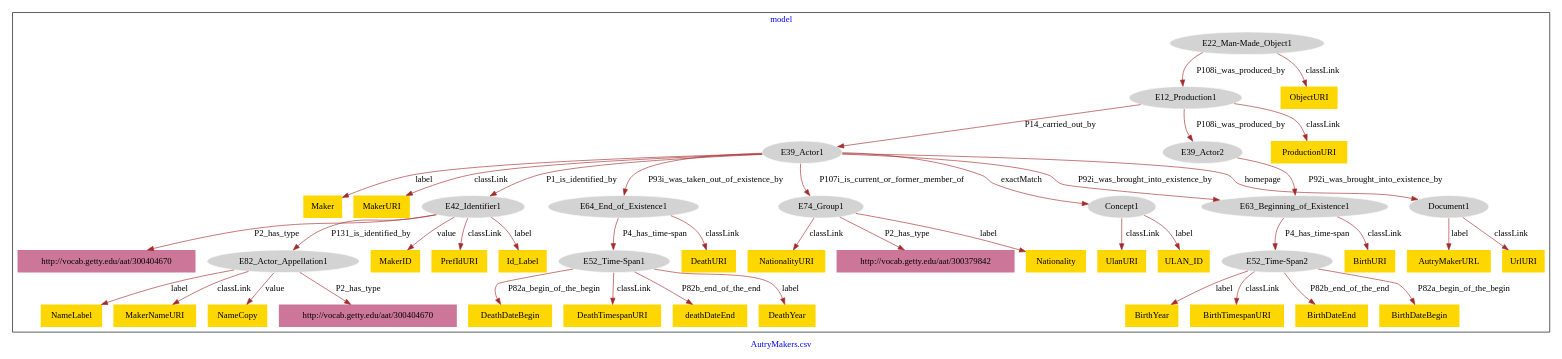
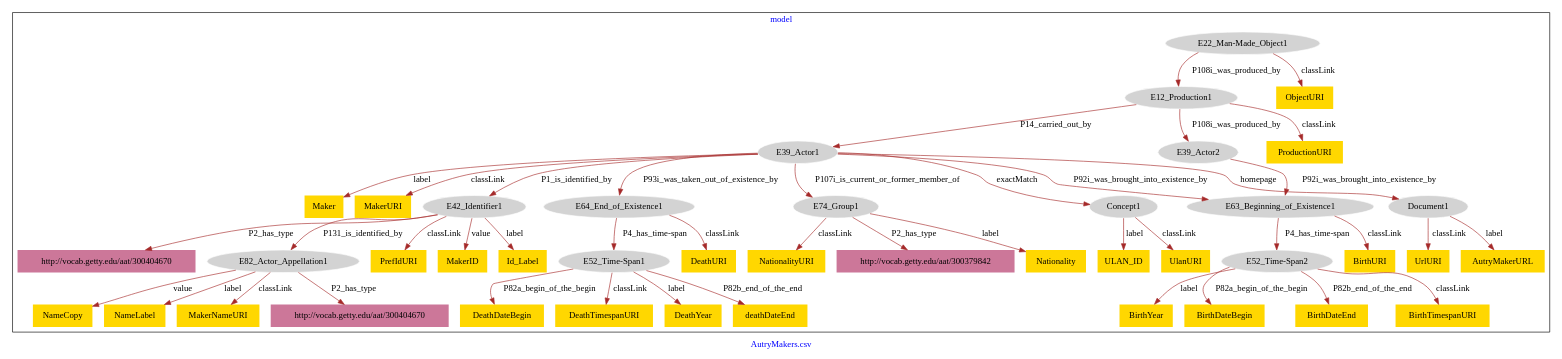
The diagram in AutryMakers/AutryMakers-model.dot (american-art/autry), drawn with Graphviz before and after one commit.

Commit message:
Update file AutryMakers-model.dot

```diff
--- a/AutryMakers/AutryMakers-model.dot
+++ b/AutryMakers/AutryMakers-model.dot
@@ -1,92 +1,92 @@
 digraph n0 {
 fontcolor="blue"
 remincross="true"
 label="AutryMakers.csv"
 subgraph cluster {
 label="model"
 n2[style="filled",color="white",fillcolor="lightgray",label="E12_Production1"];
 n3[style="filled",color="white",fillcolor="lightgray",label="E39_Actor1"];
 n4[style="filled",color="white",fillcolor="lightgray",label="E39_Actor2"];
 n5[style="filled",color="white",fillcolor="lightgray",label="E22_Man-Made_Object1"];
 n6[style="filled",color="white",fillcolor="lightgray",label="E42_Identifier1"];
 n7[style="filled",color="white",fillcolor="lightgray",label="E64_End_of_Existence1"];
 n8[style="filled",color="white",fillcolor="lightgray",label="E74_Group1"];
 n9[style="filled",color="white",fillcolor="lightgray",label="Concept1"];
 n10[style="filled",color="white",fillcolor="lightgray",label="Document1"];
 n11[style="filled",color="white",fillcolor="lightgray",label="E63_Beginning_of_Existence1"];
 n12[style="filled",color="white",fillcolor="lightgray",label="E82_Actor_Appellation1"];
 n13[style="filled",color="white",fillcolor="lightgray",label="E52_Time-Span2"];
 n14[style="filled",color="white",fillcolor="lightgray",label="E52_Time-Span1"];
-n15[shape="plaintext",style="filled",fillcolor="gold",label="Maker"];
-n16[shape="plaintext",style="filled",fillcolor="gold",label="Nationality"];
-n17[shape="plaintext",style="filled",fillcolor="gold",label="UlanURI"];
-n18[shape="plaintext",style="filled",fillcolor="gold",label="BirthYear"];
-n19[shape="plaintext",style="filled",fillcolor="gold",label="AutryMakerURL"];
-n20[shape="plaintext",style="filled",fillcolor="gold",label="BirthURI"];
-n21[shape="plaintext",style="filled",fillcolor="gold",label="ULAN_ID"];
-n22[shape="plaintext",style="filled",fillcolor="gold",label="MakerID"];
-n23[shape="plaintext",style="filled",fillcolor="gold",label="DeathDateBegin"];
-n24[shape="plaintext",style="filled",fillcolor="gold",label="BirthTimespanURI"];
-n25[shape="plaintext",style="filled",fillcolor="gold",label="NationalityURI"];
-n26[shape="plaintext",style="filled",fillcolor="gold",label="DeathTimespanURI"];
-n27[shape="plaintext",style="filled",fillcolor="gold",label="UrlURI"];
-n28[shape="plaintext",style="filled",fillcolor="gold",label="NameLabel"];
-n29[shape="plaintext",style="filled",fillcolor="gold",label="deathDateEnd"];
-n30[shape="plaintext",style="filled",fillcolor="gold",label="MakerURI"];
-n31[shape="plaintext",style="filled",fillcolor="gold",label="PrefIdURI"];
-n32[shape="plaintext",style="filled",fillcolor="gold",label="MakerNameURI"];
-n33[shape="plaintext",style="filled",fillcolor="gold",label="DeathURI"];
-n34[shape="plaintext",style="filled",fillcolor="gold",label="BirthDateEnd"];
-n35[shape="plaintext",style="filled",fillcolor="gold",label="Id_Label"];
-n36[shape="plaintext",style="filled",fillcolor="gold",label="ProductionURI"];
-n37[shape="plaintext",style="filled",fillcolor="gold",label="ObjectURI"];
-n38[shape="plaintext",style="filled",fillcolor="gold",label="DeathYear"];
-n39[shape="plaintext",style="filled",fillcolor="gold",label="BirthDateBegin"];
-n40[shape="plaintext",style="filled",fillcolor="gold",label="NameCopy"];
+n15[shape="plaintext",style="filled",fillcolor="gold",label="BirthYear"];
+n16[shape="plaintext",style="filled",fillcolor="gold",label="NameCopy"];
+n17[shape="plaintext",style="filled",fillcolor="gold",label="BirthDateBegin"];
+n18[shape="plaintext",style="filled",fillcolor="gold",label="BirthDateEnd"];
+n19[shape="plaintext",style="filled",fillcolor="gold",label="UrlURI"];
+n20[shape="plaintext",style="filled",fillcolor="gold",label="PrefIdURI"];
+n21[shape="plaintext",style="filled",fillcolor="gold",label="MakerID"];
+n22[shape="plaintext",style="filled",fillcolor="gold",label="Id_Label"];
+n23[shape="plaintext",style="filled",fillcolor="gold",label="AutryMakerURL"];
+n24[shape="plaintext",style="filled",fillcolor="gold",label="ULAN_ID"];
+n25[shape="plaintext",style="filled",fillcolor="gold",label="Nationality"];
+n26[shape="plaintext",style="filled",fillcolor="gold",label="Maker"];
+n27[shape="plaintext",style="filled",fillcolor="gold",label="NameLabel"];
+n28[shape="plaintext",style="filled",fillcolor="gold",label="NationalityURI"];
+n29[shape="plaintext",style="filled",fillcolor="gold",label="DeathDateBegin"];
+n30[shape="plaintext",style="filled",fillcolor="gold",label="DeathTimespanURI"];
+n31[shape="plaintext",style="filled",fillcolor="gold",label="MakerNameURI"];
+n32[shape="plaintext",style="filled",fillcolor="gold",label="DeathYear"];
+n33[shape="plaintext",style="filled",fillcolor="gold",label="MakerURI"];
+n34[shape="plaintext",style="filled",fillcolor="gold",label="DeathURI"];
+n35[shape="plaintext",style="filled",fillcolor="gold",label="ProductionURI"];
+n36[shape="plaintext",style="filled",fillcolor="gold",label="BirthURI"];
+n37[shape="plaintext",style="filled",fillcolor="gold",label="BirthTimespanURI"];
+n38[shape="plaintext",style="filled",fillcolor="gold",label="deathDateEnd"];
+n39[shape="plaintext",style="filled",fillcolor="gold",label="UlanURI"];
+n40[shape="plaintext",style="filled",fillcolor="gold",label="ObjectURI"];
 n41[shape="plaintext",style="filled",fillcolor="#CC7799",label="http://vocab.getty.edu/aat/300404670"];
 n42[shape="plaintext",style="filled",fillcolor="#CC7799",label="http://vocab.getty.edu/aat/300379842"];
 n43[shape="plaintext",style="filled",fillcolor="#CC7799",label="http://vocab.getty.edu/aat/300404670"];
 }
 n2 -> n3[color="brown",fontcolor="black",label="P14_carried_out_by"]
 n2 -> n4[color="brown",fontcolor="black",label="P108i_was_produced_by"]
 n5 -> n2[color="brown",fontcolor="black",label="P108i_was_produced_by"]
 n3 -> n6[color="brown",fontcolor="black",label="P1_is_identified_by"]
 n3 -> n7[color="brown",fontcolor="black",label="P93i_was_taken_out_of_existence_by"]
 n3 -> n8[color="brown",fontcolor="black",label="P107i_is_current_or_former_member_of"]
 n3 -> n9[color="brown",fontcolor="black",label="exactMatch"]
 n3 -> n10[color="brown",fontcolor="black",label="homepage"]
 n4 -> n11[color="brown",fontcolor="black",label="P92i_was_brought_into_existence_by"]
 n6 -> n12[color="brown",fontcolor="black",label="P131_is_identified_by"]
 n11 -> n13[color="brown",fontcolor="black",label="P4_has_time-span"]
 n7 -> n14[color="brown",fontcolor="black",label="P4_has_time-span"]
-n3 -> n15[color="brown",fontcolor="black",label="label"]
-n8 -> n16[color="brown",fontcolor="black",label="label"]
-n9 -> n17[color="brown",fontcolor="black",label="classLink"]
-n13 -> n18[color="brown",fontcolor="black",label="label"]
-n10 -> n19[color="brown",fontcolor="black",label="label"]
-n11 -> n20[color="brown",fontcolor="black",label="classLink"]
-n9 -> n21[color="brown",fontcolor="black",label="label"]
-n6 -> n22[color="brown",fontcolor="black",label="value"]
-n14 -> n23[color="brown",fontcolor="black",label="P82a_begin_of_the_begin"]
-n13 -> n24[color="brown",fontcolor="black",label="classLink"]
-n8 -> n25[color="brown",fontcolor="black",label="classLink"]
-n14 -> n26[color="brown",fontcolor="black",label="classLink"]
-n10 -> n27[color="brown",fontcolor="black",label="classLink"]
-n12 -> n28[color="brown",fontcolor="black",label="label"]
-n14 -> n29[color="brown",fontcolor="black",label="P82b_end_of_the_end"]
-n3 -> n30[color="brown",fontcolor="black",label="classLink"]
-n6 -> n31[color="brown",fontcolor="black",label="classLink"]
-n12 -> n32[color="brown",fontcolor="black",label="classLink"]
-n7 -> n33[color="brown",fontcolor="black",label="classLink"]
-n13 -> n34[color="brown",fontcolor="black",label="P82b_end_of_the_end"]
-n6 -> n35[color="brown",fontcolor="black",label="label"]
-n2 -> n36[color="brown",fontcolor="black",label="classLink"]
-n5 -> n37[color="brown",fontcolor="black",label="classLink"]
-n14 -> n38[color="brown",fontcolor="black",label="label"]
-n13 -> n39[color="brown",fontcolor="black",label="P82a_begin_of_the_begin"]
-n12 -> n40[color="brown",fontcolor="black",label="value"]
+n13 -> n15[color="brown",fontcolor="black",label="label"]
+n12 -> n16[color="brown",fontcolor="black",label="value"]
+n13 -> n17[color="brown",fontcolor="black",label="P82a_begin_of_the_begin"]
+n13 -> n18[color="brown",fontcolor="black",label="P82b_end_of_the_end"]
+n10 -> n19[color="brown",fontcolor="black",label="classLink"]
+n6 -> n20[color="brown",fontcolor="black",label="classLink"]
+n6 -> n21[color="brown",fontcolor="black",label="value"]
+n6 -> n22[color="brown",fontcolor="black",label="label"]
+n10 -> n23[color="brown",fontcolor="black",label="label"]
+n9 -> n24[color="brown",fontcolor="black",label="label"]
+n8 -> n25[color="brown",fontcolor="black",label="label"]
+n3 -> n26[color="brown",fontcolor="black",label="label"]
+n12 -> n27[color="brown",fontcolor="black",label="label"]
+n8 -> n28[color="brown",fontcolor="black",label="classLink"]
+n14 -> n29[color="brown",fontcolor="black",label="P82a_begin_of_the_begin"]
+n14 -> n30[color="brown",fontcolor="black",label="classLink"]
+n12 -> n31[color="brown",fontcolor="black",label="classLink"]
+n14 -> n32[color="brown",fontcolor="black",label="label"]
+n3 -> n33[color="brown",fontcolor="black",label="classLink"]
+n7 -> n34[color="brown",fontcolor="black",label="classLink"]
+n2 -> n35[color="brown",fontcolor="black",label="classLink"]
+n11 -> n36[color="brown",fontcolor="black",label="classLink"]
+n13 -> n37[color="brown",fontcolor="black",label="classLink"]
+n14 -> n38[color="brown",fontcolor="black",label="P82b_end_of_the_end"]
+n9 -> n39[color="brown",fontcolor="black",label="classLink"]
+n5 -> n40[color="brown",fontcolor="black",label="classLink"]
 n6 -> n41[color="brown",fontcolor="black",label="P2_has_type"]
 n8 -> n42[color="brown",fontcolor="black",label="P2_has_type"]
 n12 -> n43[color="brown",fontcolor="black",label="P2_has_type"]
 n3 -> n11[color="brown",fontcolor="black",label="P92i_was_brought_into_existence_by"]
 }
```
